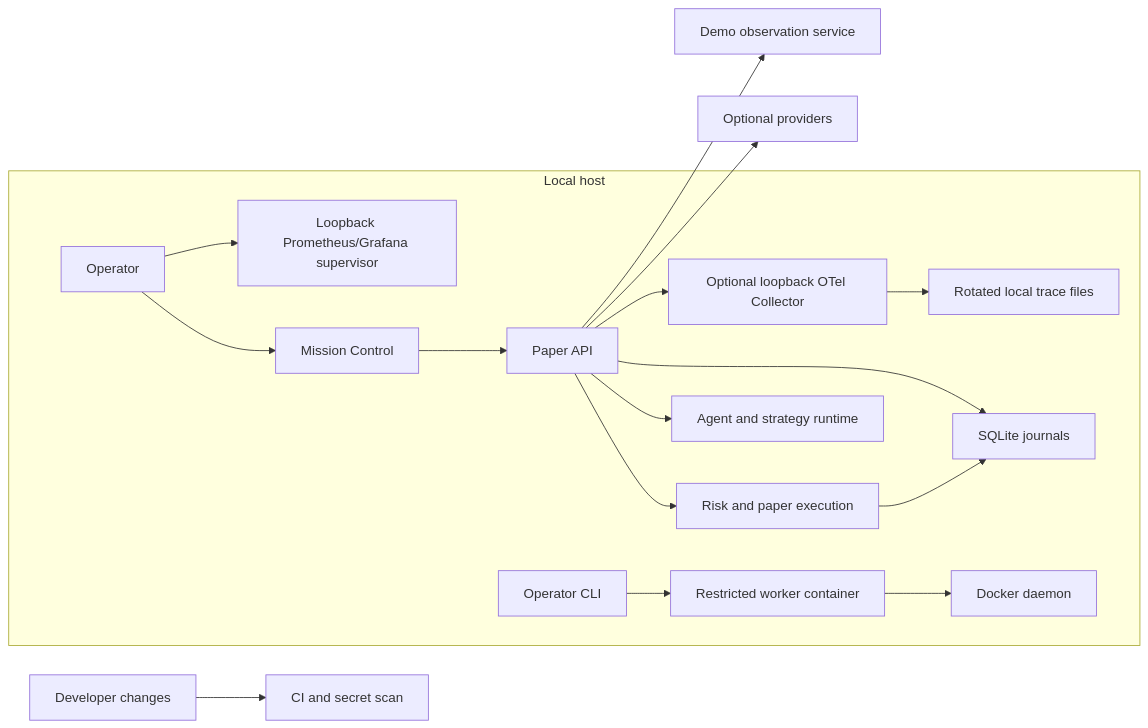
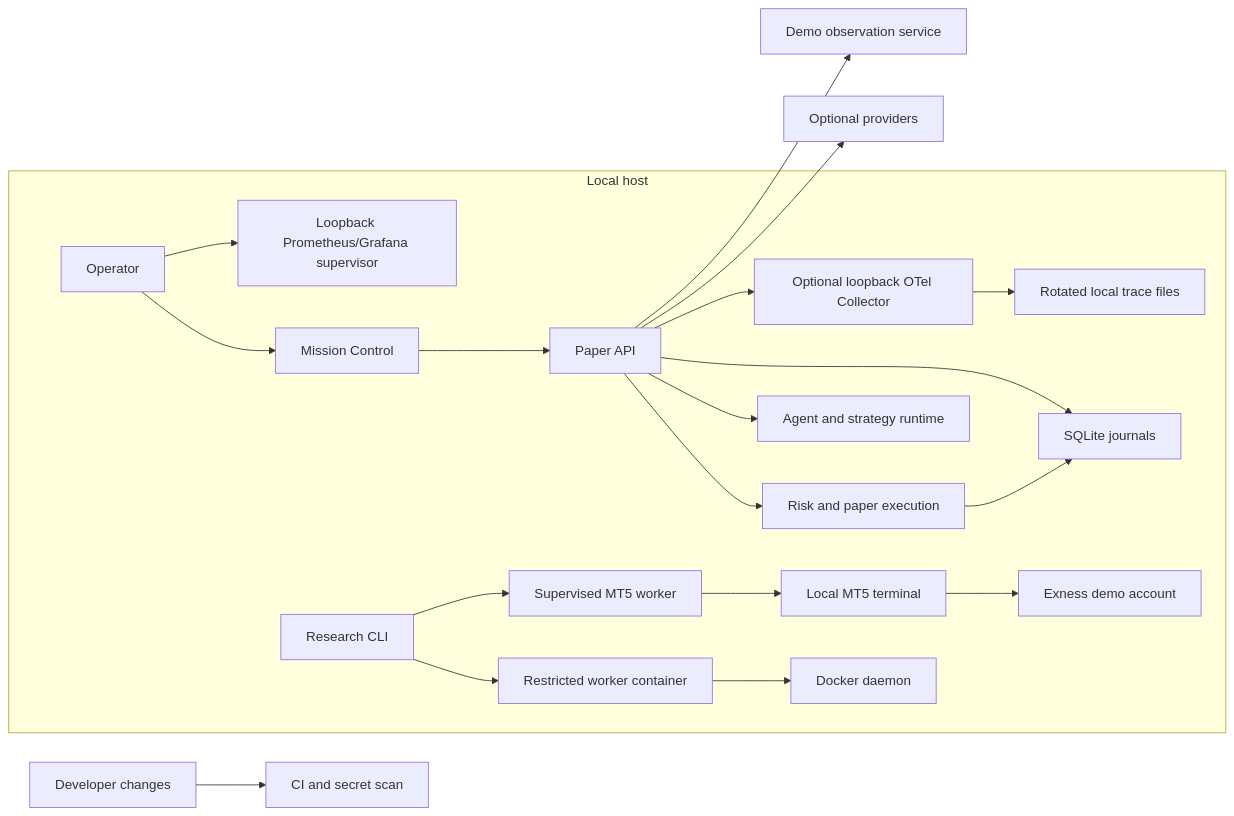
One commit to iamprateeknk-pixel/AI_Quant_OS changed the diagram in AI_Quant_OS-threat-model.md. Above: the diagram before and after it, drawn with Mermaid. The commit also changed other lines of this file and 181 other files, not shown here.

````diff
--- a/AI_Quant_OS-threat-model.md
+++ b/AI_Quant_OS-threat-model.md
@@ -45,19 +48,22 @@
 ```mermaid
 flowchart LR
-  subgraph local_host[Local host]
+  subgraph local_host["Local host"]
     OP["Operator"] --> UI["Mission Control"]
     UI --> API["Paper API"]
     API --> CTRL["Risk and paper execution"]
     API --> AG["Agent and strategy runtime"]
     CTRL --> DB["SQLite journals"]
     API --> DB
     API --> COL["Optional loopback OTel Collector"]
     COL --> TRACE["Rotated local trace files"]
     OP --> OBS["Loopback Prometheus/Grafana supervisor"]
-    CLI["Operator CLI"] --> WORKER["Restricted worker container"]
+    CLI["Research CLI"] --> WORKER["Restricted worker container"]
     WORKER --> DOCKER["Docker daemon"]
+    CLI --> MT5W["Supervised MT5 worker"]
+    MT5W --> TERM["Local MT5 terminal"]
+    TERM --> DEMO["Exness demo account"]
   end
   API --> PROVIDER["Optional providers"]
-  API --> DEMO["Demo observation service"]
+  API --> OBSDEMO["Demo observation service"]
   DEV["Developer changes"] --> CI["CI and secret scan"]
 ```
````
